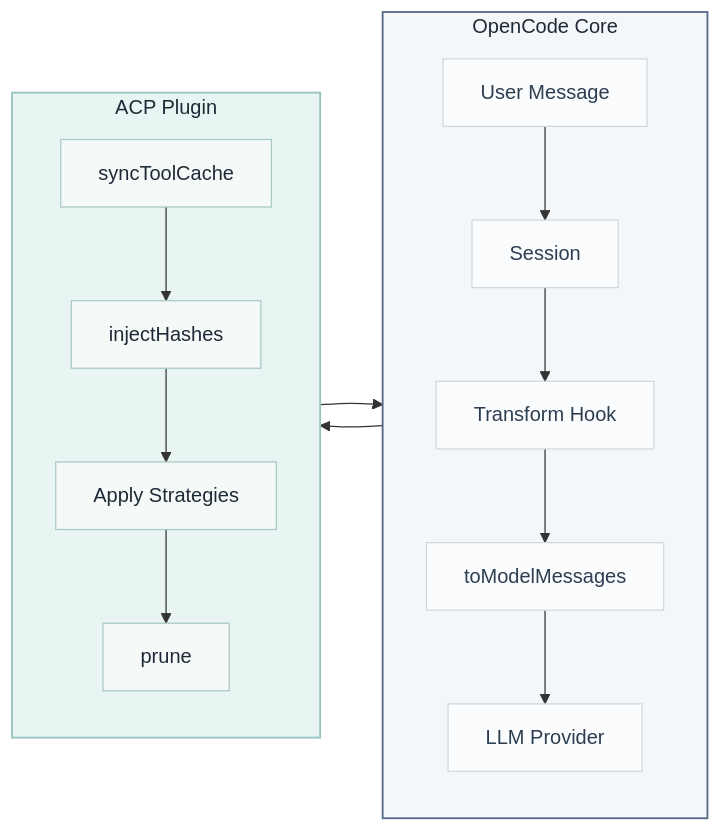
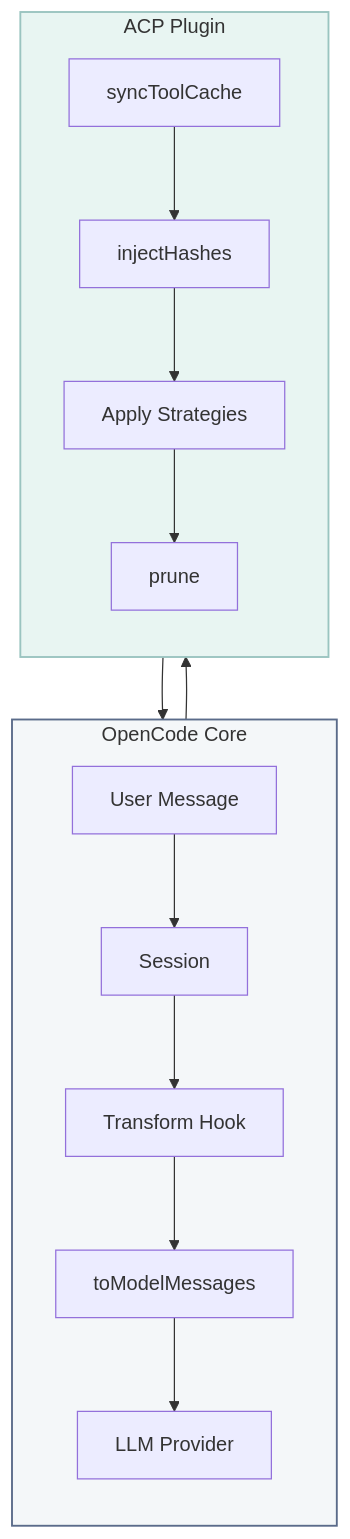
Before and after one commit to tuanhung303/opencode-agent-context-pruning: the second of 2 diagrams in README.md, drawn with Mermaid. The commit also changed other lines of this file and 76 other files, not shown here.

````diff
--- a/README.md
+++ b/README.md
@@ -122,32 +371,22 @@
 ```mermaid
-flowchart LR
+flowchart TD
     subgraph OpenCode["OpenCode Core"]
         direction TB
         A[User Message] --> B[Session]
         B --> C[Transform Hook]
         C --> D[toModelMessages]
         D --> E[LLM Provider]
     end
 
     subgraph ACP["ACP Plugin"]
         direction TB
         C --> F[syncToolCache]
         F --> G[injectHashes]
         G --> H[Apply Strategies]
         H --> I[prune]
         I --> C
     end
 
-    %% Arctic Clarity Color Palette (Lightened)
-    style OpenCode fill:#F4F7F9,stroke:#5A6B8A,stroke-width:1.5px,color:#1E2A36
-    style ACP fill:#E8F5F2,stroke:#9AC4C0,stroke-width:1.5px,color:#1E2A36
-    style A fill:#FAFCFD,stroke:#D0D8E0,stroke-width:1px,color:#2D3E50
-    style B fill:#FAFCFD,stroke:#D0D8E0,stroke-width:1px,color:#2D3E50
-    style C fill:#FAFCFD,stroke:#D0D8E0,stroke-width:1px,color:#2D3E50
-    style D fill:#FAFCFD,stroke:#D0D8E0,stroke-width:1px,color:#2D3E50
-    style E fill:#FAFCFD,stroke:#D0D8E0,stroke-width:1px,color:#2D3E50
-    style F fill:#F5FAF9,stroke:#A8C9C5,stroke-width:1px,color:#1E2A36
-    style G fill:#F5FAF9,stroke:#A8C9C5,stroke-width:1px,color:#1E2A36
-    style H fill:#F5FAF9,stroke:#A8C9C5,stroke-width:1px,color:#1E2A36
-    style I fill:#F5FAF9,stroke:#A8C9C5,stroke-width:1px,color:#1E2A36
+    style OpenCode fill:#F4F7F9,stroke:#5A6B8A,stroke-width:1.5px
+    style ACP fill:#E8F5F2,stroke:#9AC4C0,stroke-width:1.5px
 ```
````
